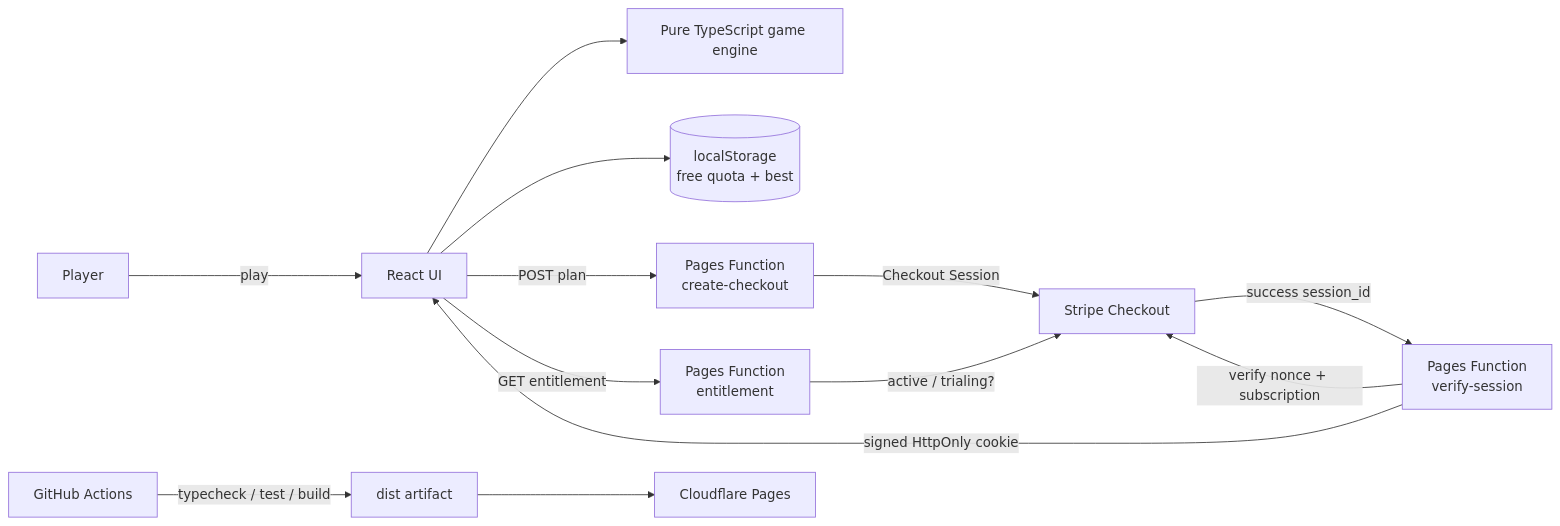
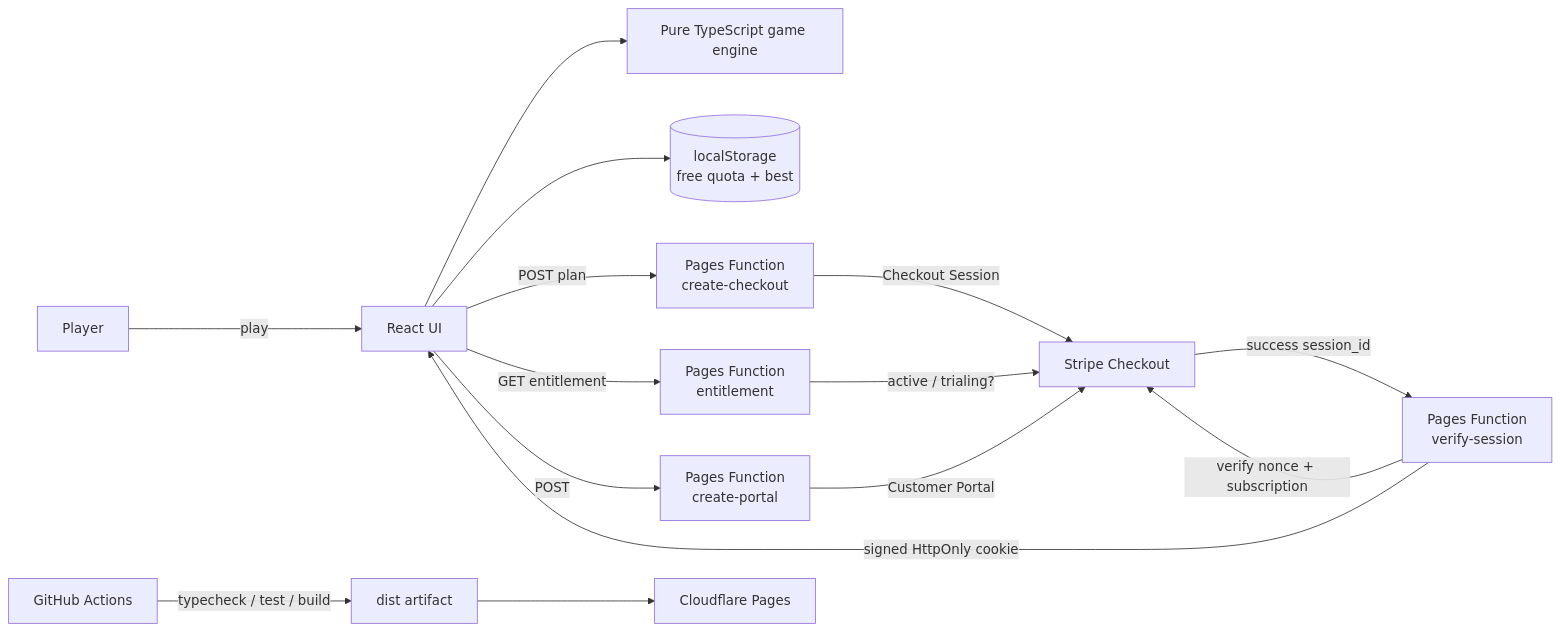
One commit to univcorp2-ctrl/cascade-circuit changed the diagram in README.md. Above: the diagram before and after it, drawn with Mermaid. The commit also changed other lines of this file, not shown here.

````diff
--- a/README.md
+++ b/README.md
@@ -65,15 +67,17 @@
 ```mermaid
 flowchart LR
   U[Player] -->|play| R[React UI]
   R --> E[Pure TypeScript game engine]
   R --> L[(localStorage\nfree quota + best)]
   R -->|POST plan| C[Pages Function\ncreate-checkout]
   C -->|Checkout Session| S[Stripe Checkout]
   S -->|success session_id| V[Pages Function\nverify-session]
   V -->|verify nonce + subscription| S
   V -->|signed HttpOnly cookie| R
   R -->|GET entitlement| A[Pages Function\nentitlement]
   A -->|active / trialing?| S
+  R -->|POST| B[Pages Function\ncreate-portal]
+  B -->|Customer Portal| S
   G[GitHub Actions] -->|typecheck / test / build| D[dist artifact]
   D --> P[Cloudflare Pages]
 ```
````
